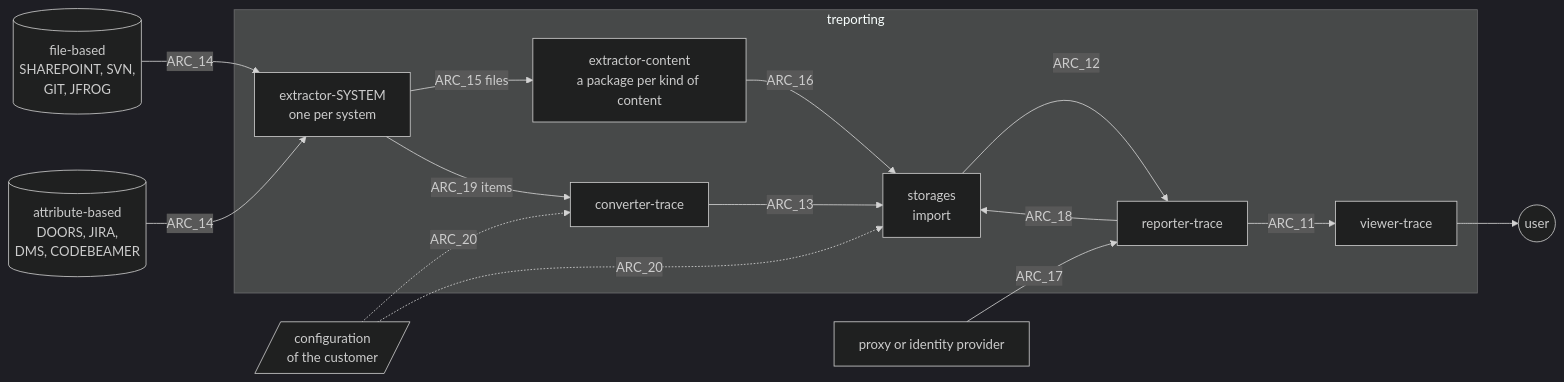
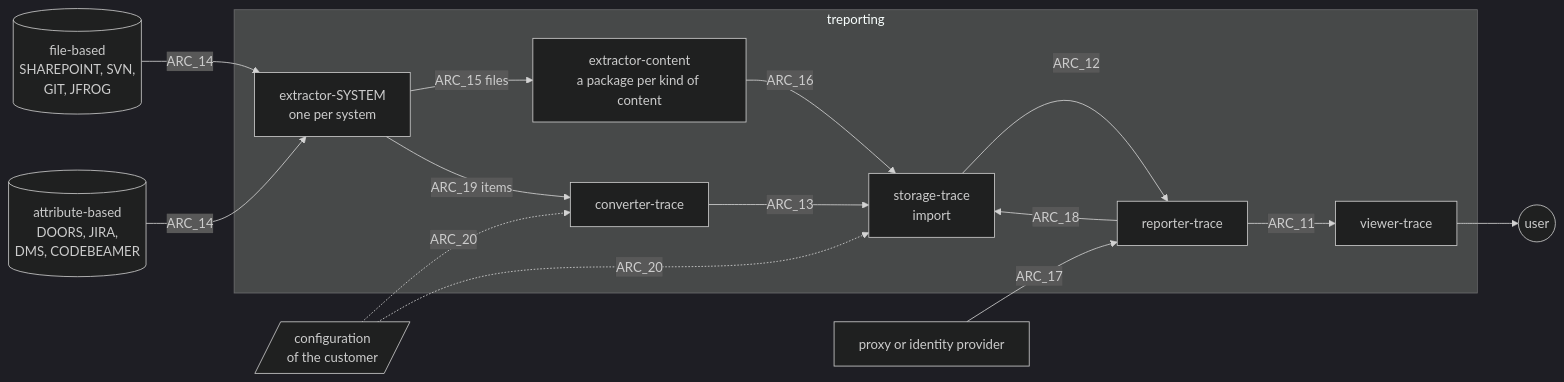
Before and after one commit to treporting/specs-and-deploy-product: the diagram in architecture/system-architecture.md, drawn with Mermaid (dark theme). The commit also changed other lines of this file and 2 other files, not shown here.

First line of the commit message:
system-architecture.md 9.1.1: the rule that tells a subsystem from a component

````diff
--- a/architecture/system-architecture.md
+++ b/architecture/system-architecture.md
@@ -8,31 +8,31 @@
 ```mermaid
 flowchart LR
   files[(file-based<br>SHAREPOINT, SVN,<br>GIT, JFROG)]
   attrs[(attribute-based<br>DOORS, JIRA,<br>DMS, CODEBEAMER)]
   conf[/configuration<br>of the customer/]
   idp[proxy or identity provider]
   user((user))
 
   subgraph treporting
     exsys[extractor-SYSTEM<br>one per system]
     excon[extractor-content<br>a package per kind of content]
     conv[converter-trace]
-    stor[storages<br>import]
+    stor[storage-trace<br>import]
     rep[reporter-trace]
     view[viewer-trace]
   end
 
   files -- ARC_14 --> exsys
   attrs -- ARC_14 --> exsys
   exsys -- ARC_15 files --> excon
   exsys -- ARC_19 items --> conv
   conf -. ARC_20 .-> conv
   conf -. ARC_20 .-> stor
   excon -- ARC_16 --> stor
   conv -- ARC_13 --> stor
   stor -- ARC_12 --> rep
   rep -- ARC_11 --> view
   view --> user
   idp -- ARC_17 --> rep
   rep -- ARC_18 --> stor
 ```
````
